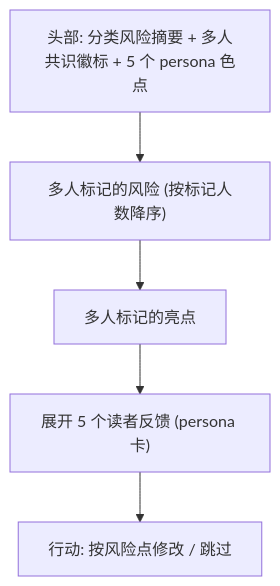
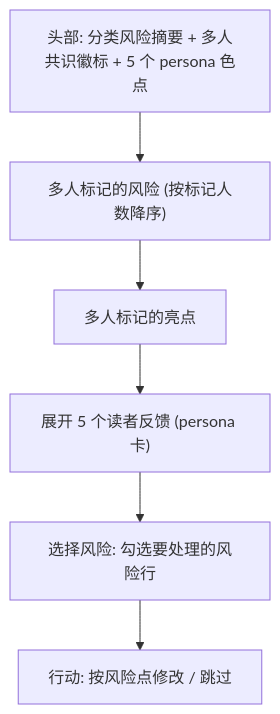
Before and after one commit to jinhuang712/open-novel: the diagram in design/03-reader-panel.md, drawn with Mermaid. The commit also changed other lines of this file and 50 other files, not shown here.

Commit message:
docs(todo): close architecture audit batches

````diff
--- a/design/03-reader-panel.md
+++ b/design/03-reader-panel.md
@@ -11,9 +11,10 @@
 ```mermaid
 flowchart TB
   HEAD["头部: 分类风险摘要 + 多人共识徽标 + 5 个 persona 色点"]
   RISK["多人标记的风险 (按标记人数降序)"]
   WIN["多人标记的亮点"]
   DETAIL["展开 5 个读者反馈 (persona 卡)"]
+  PICK["选择风险: 勾选要处理的风险行"]
   ACT["行动: 按风险点修改 / 跳过"]
-  HEAD --> RISK --> WIN --> DETAIL --> ACT
+  HEAD --> RISK --> WIN --> DETAIL --> PICK --> ACT
 ```
````
